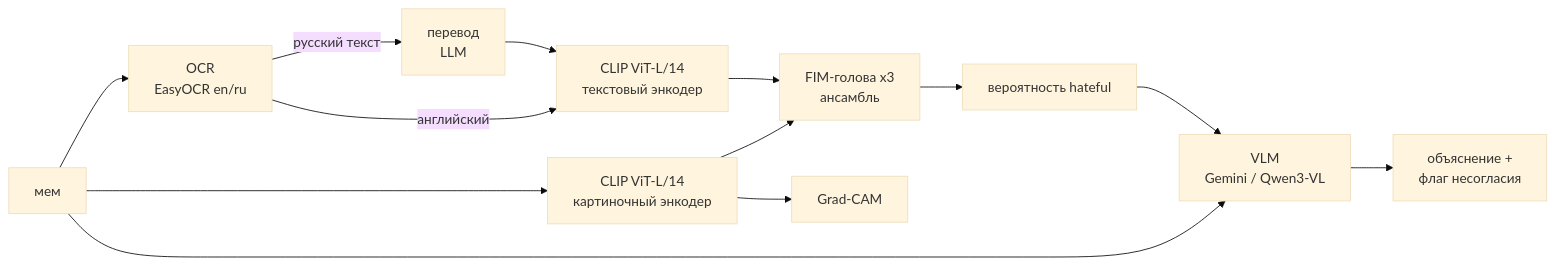
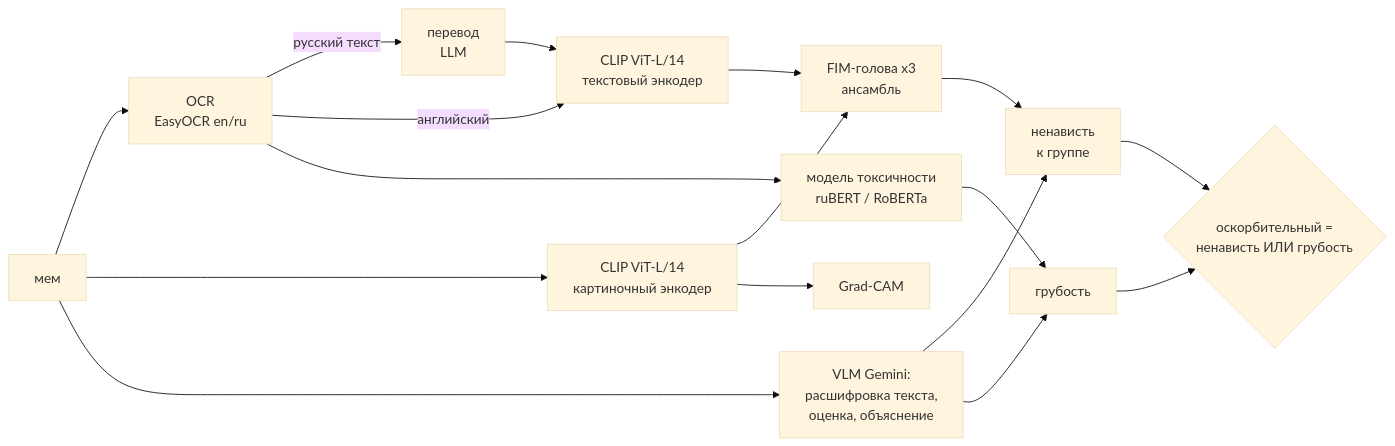
The diagram in README.md (asrepovaamina-oss/memeguard), drawn with Mermaid (base theme) before and after one commit. The commit also changed other lines of this file and 3 other files, not shown here.

Commit message:
Обновлены цифры (Qwen, ансамбли), схема двух слоёв в README

````diff
--- a/README.md
+++ b/README.md
@@ -14,15 +16,19 @@
 ```mermaid
 flowchart LR
     A[мем] --> B[OCR<br/>EasyOCR en/ru]
     B -->|русский текст| T[перевод<br/>LLM]
     B -->|английский| C
     T --> C[CLIP ViT-L/14<br/>текстовый энкодер]
     A --> D[CLIP ViT-L/14<br/>картиночный энкодер]
     C --> E[FIM-голова x3<br/>ансамбль]
     D --> E
-    E --> P[вероятность hateful]
+    E --> H[ненависть<br/>к группе]
+    B --> R[модель токсичности<br/>ruBERT / RoBERTa]
+    R --> G2[грубость]
     D --> G[Grad-CAM]
-    A --> V[VLM<br/>Gemini / Qwen3-VL]
-    P --> V
-    V --> X[объяснение +<br/>флаг несогласия]
+    A --> V[VLM Gemini:<br/>расшифровка текста,<br/>оценка, объяснение]
+    V --> H
+    V --> G2
+    H --> X{оскорбительный =<br/>ненависть ИЛИ грубость}
+    G2 --> X
 ```
````
